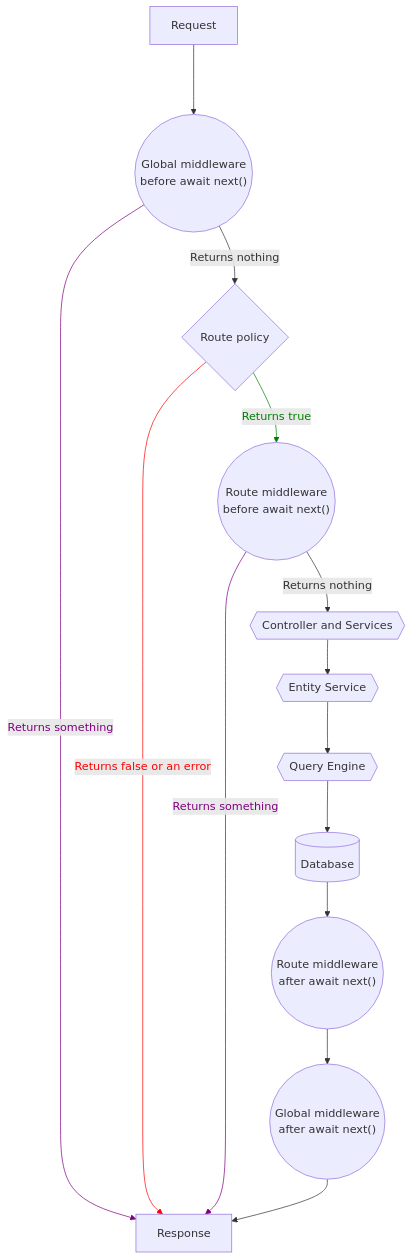
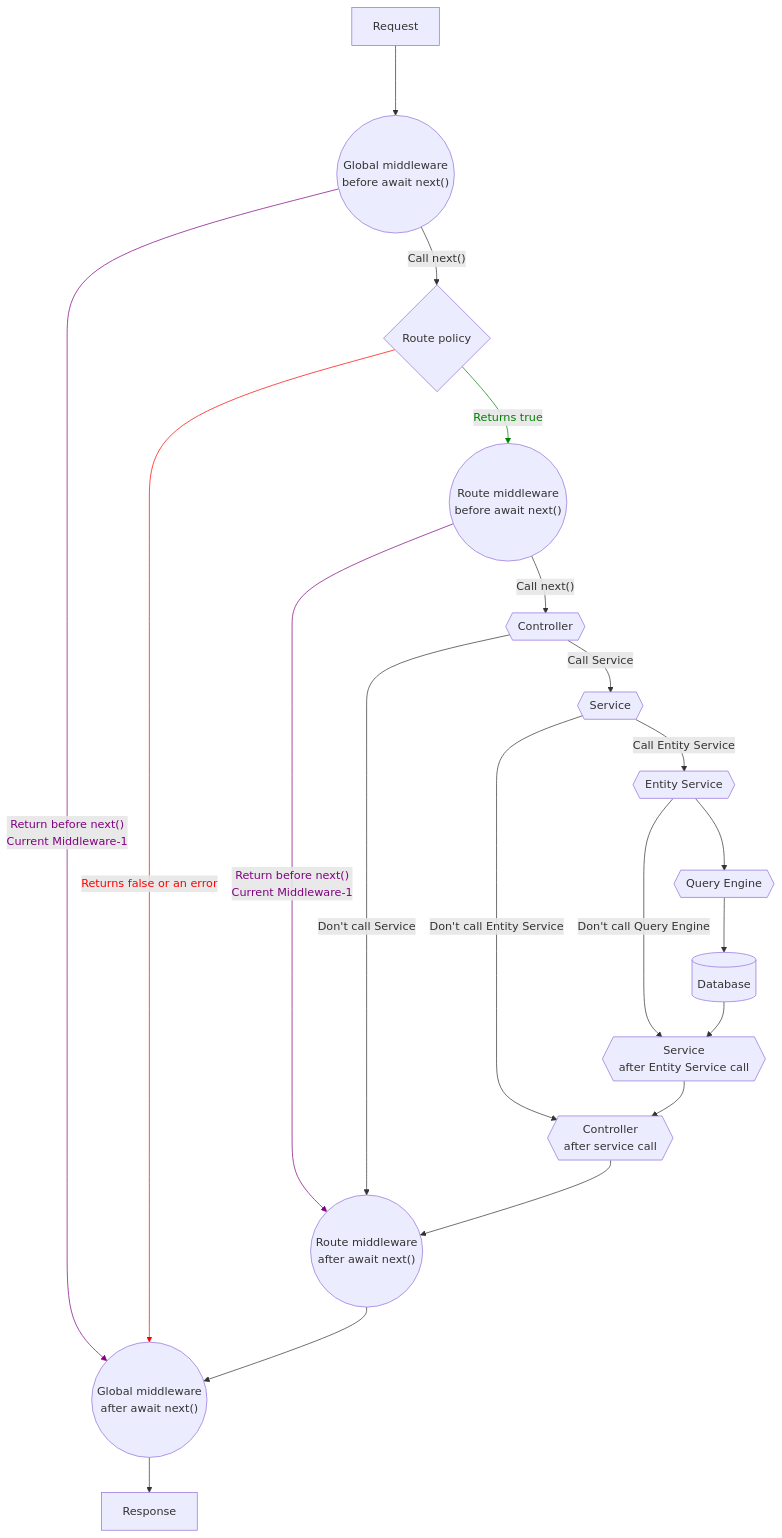
The diagram in docusaurus/docs/dev-docs/backend-customization.md (strapi/documentation), drawn with Mermaid before and after one commit.

Commit message:
changed graph

````diff
--- a/docusaurus/docs/dev-docs/backend-customization.md
+++ b/docusaurus/docs/dev-docs/backend-customization.md
@@ -40,31 +40,40 @@
 ```mermaid
 graph TB
+
     request[Request] ---> globalMiddlewareA(("Global middleware<br/>before await next()"))
-    globalMiddlewareA --Returns nothing--> routePolicy{Route policy}
-    globalMiddlewareA --Returns something-->response
+    globalMiddlewareA --"Call next()"--> routePolicy{Route policy}
+    globalMiddlewareA --"Return before next()<br> Current Middleware-1"-->globalMiddlewareB
     routePolicy --Returns true--> routeMiddlewareA(("Route middleware<br/>before await next()"))
-    routePolicy --Returns false or an error-->response
-    routeMiddlewareA --Returns something-->response
-    routeMiddlewareA --Returns nothing--> controllerServices{{Controller and Services}}
-    controllerServices --> entityService{{Entity Service}}
-    entityService --> queryEngine{{Query Engine}}
-    queryEngine --> database[(Database)]
-    database --> routeMiddlewareB(("Route middleware<br/>after await next()"))
+    routePolicy --Returns false or an error-->globalMiddlewareB
+    routeMiddlewareA --"Return before next()<br> Current Middleware-1"-->routeMiddlewareB
+    routeMiddlewareA --"Call next()"--> controllerA{{Controller}}
+    controllerA --"Call Service"--> service{{Service}}
+    controllerA --"Don't call Service" --> routeMiddlewareB
+    service --"Call Entity Service" --> entityService{{Entity Service}}
+    service --"Don't call Entity Service" --> controllerB
+    entityService --> queryEngineA{{Query Engine}}
+    entityService --"Don't call Query Engine" --> ServiceB
+    queryEngineA --> database[(Database)]
+    database --> ServiceB{{"Service<br/>after Entity Service call"}}
+    ServiceB --> controllerB{{"Controller<br/>after service call"}}
+    controllerB --> routeMiddlewareB(("Route middleware<br/>after await next()"))
     routeMiddlewareB --> globalMiddlewareB(("Global middleware<br/>after await next()"))
     globalMiddlewareB --> response[Response]
+
     linkStyle 3 stroke:green,color:green
     linkStyle 4 stroke:red,color:red
     linkStyle 2 stroke:purple,color:purple
     linkStyle 5 stroke:purple,color:purple
+
     click globalMiddlewareA "/dev-docs/backend-customization/middlewares"
     click globalMiddlewareB "/dev-docs/backend-customization/middlewares"
     click request "/dev-docs/backend-customization/requests-responses"
     click routePolicy "/dev-docs/backend-customization/routes"
     click routeMiddlewareA "/dev-docs/backend-customization/routes#middlewares"
     click routeMiddlewareB "/dev-docs/backend-customization/routes#middlewares"
     click controllerServices "/dev-docs/backend-customization/controllers"
     click globalMiddlewareB "/dev-docs/backend-customization/middlewares"
     click entityService "/dev-docs/api/entity-service/"
     click queryEngine "/dev-docs/api/query-engine/"
     click response "/dev-docs/backend-customization/requests-responses"
 ```
````
